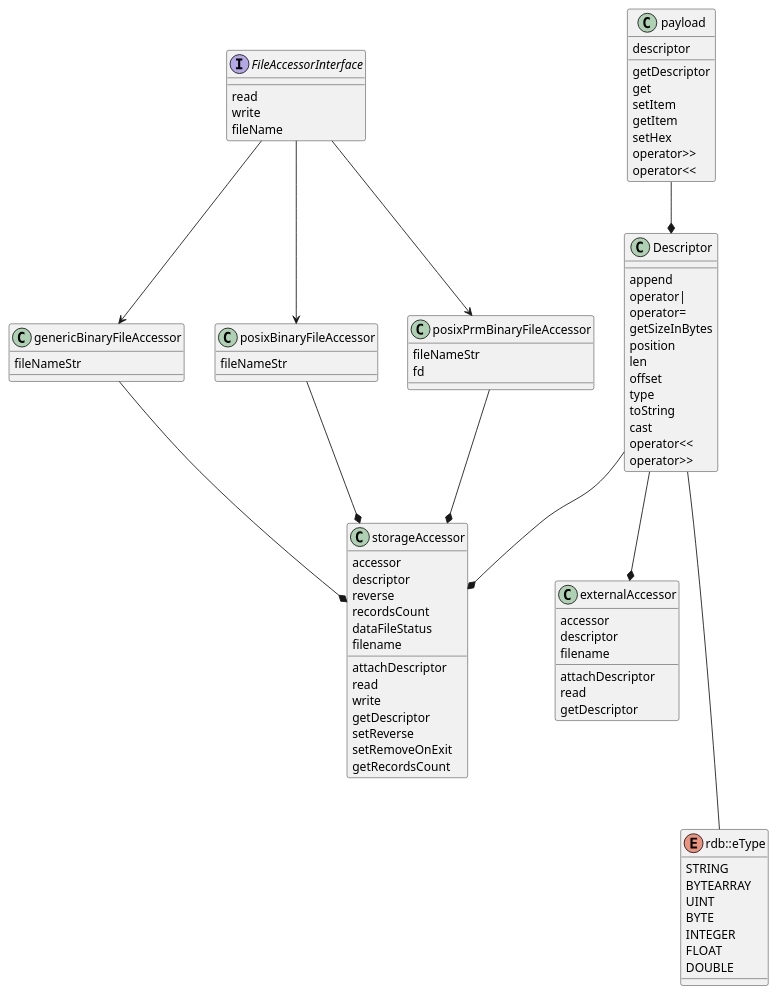
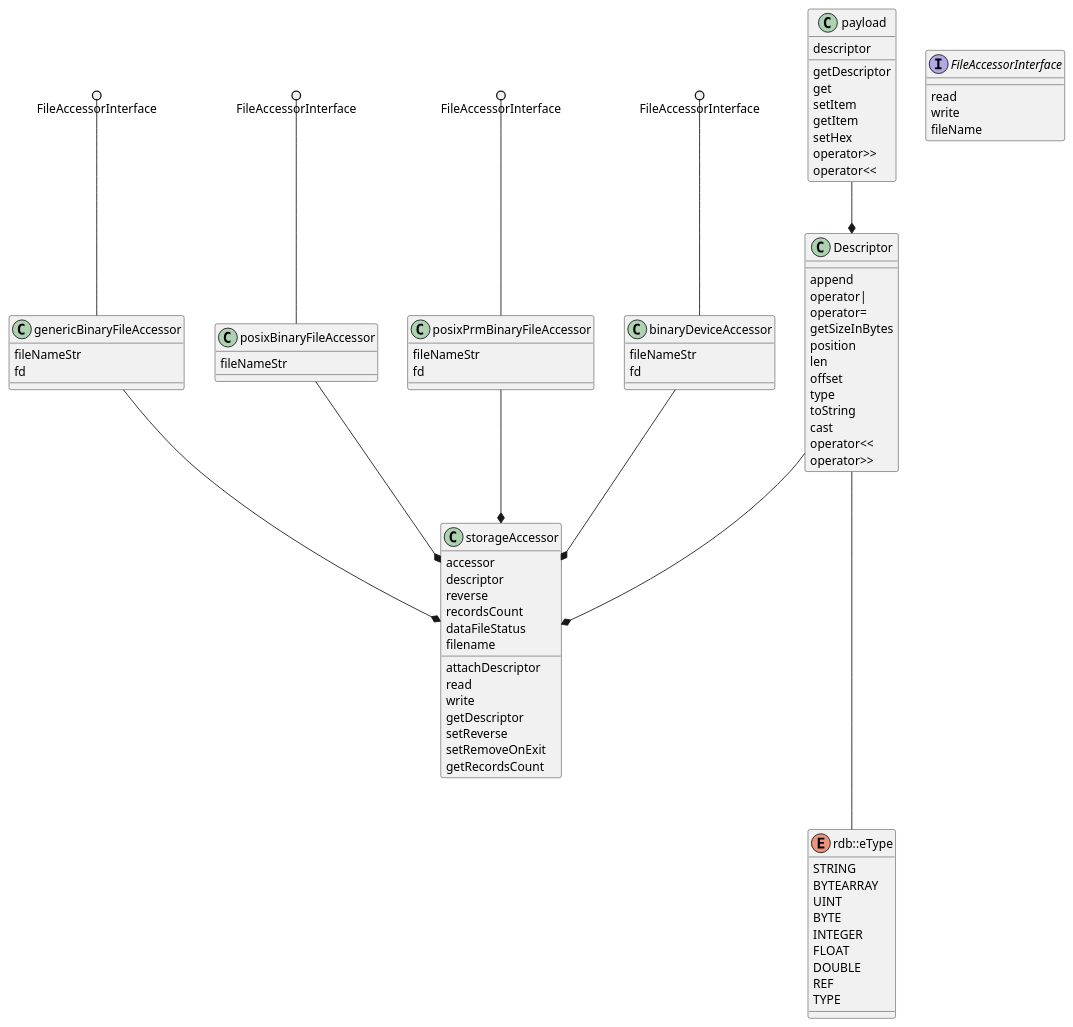
The diagram in src/include/rdb/UML/rdb.puml (michalwidera/retractordb), drawn with PlantUML before and after one commit. The commit also changed 3 other files, not shown here.

```diff
--- a/src/include/rdb/UML/rdb.puml
+++ b/src/include/rdb/UML/rdb.puml
@@ -1,103 +1,103 @@
 @startuml
 
 class Descriptor {
     {method} append
     {method} operator|
     {method} operator=
     {method} getSizeInBytes
     {method} position
     {method} len
     {method} offset
     {method} type
     {method} toString
     {method} cast
     {method} operator<<
     {method} operator>>
 }
 
 class genericBinaryFileAccessor {
     {field} fileNameStr
+    {field} fd
 }
 
 
 class posixBinaryFileAccessor {
     {field} fileNameStr
 }
 
 class posixPrmBinaryFileAccessor {
     {field} fileNameStr
     {field} fd
 }
+
+class binaryDeviceAccessor {
+    {field} fileNameStr
+    {field} fd
+}
+
+FileAccessorInterface ()-- binaryDeviceAccessor
+FileAccessorInterface ()-- posixPrmBinaryFileAccessor
+FileAccessorInterface ()-- posixBinaryFileAccessor
+FileAccessorInterface ()-- genericBinaryFileAccessor
 
 
 interface FileAccessorInterface {
     {method} read
     {method} write
     {method} fileName
 }
 
 class payload {
     {field} descriptor
 
     {method} getDescriptor
     {method} get
     {method} setItem
     {method} getItem
     {method} setHex
     {method} operator>>
     {method} operator<<
 }
 
 class storageAccessor {
     {field} accessor
     {field} descriptor
     {field} reverse
     {field} recordsCount
     {field} dataFileStatus
     {field} filename
 
     {method} attachDescriptor
     {method} read
     {method} write
     {method} getDescriptor
     {method} setReverse
     {method} setRemoveOnExit
     {method} getRecordsCount
 }
 
-class externalAccessor {
-    {field} accessor
-    {field} descriptor
-    {field} filename
-
-    {method} attachDescriptor
-    {method} read
-    {method} getDescriptor
-}
-
 enum rdb::eType {
     STRING
     BYTEARRAY
     UINT
     BYTE
     INTEGER
     FLOAT
     DOUBLE
+    REF
+    TYPE
 }
-
-FileAccessorInterface --> genericBinaryFileAccessor
-FileAccessorInterface --> posixBinaryFileAccessor
-FileAccessorInterface --> posixPrmBinaryFileAccessor
 
 genericBinaryFileAccessor --* storageAccessor
 posixBinaryFileAccessor --* storageAccessor
 posixPrmBinaryFileAccessor --* storageAccessor
+binaryDeviceAccessor --* storageAccessor
 
 Descriptor --* storageAccessor
-Descriptor --* externalAccessor
+
 
 Descriptor --- rdb::eType
 
 payload --* Descriptor
 
 @enduml
```
